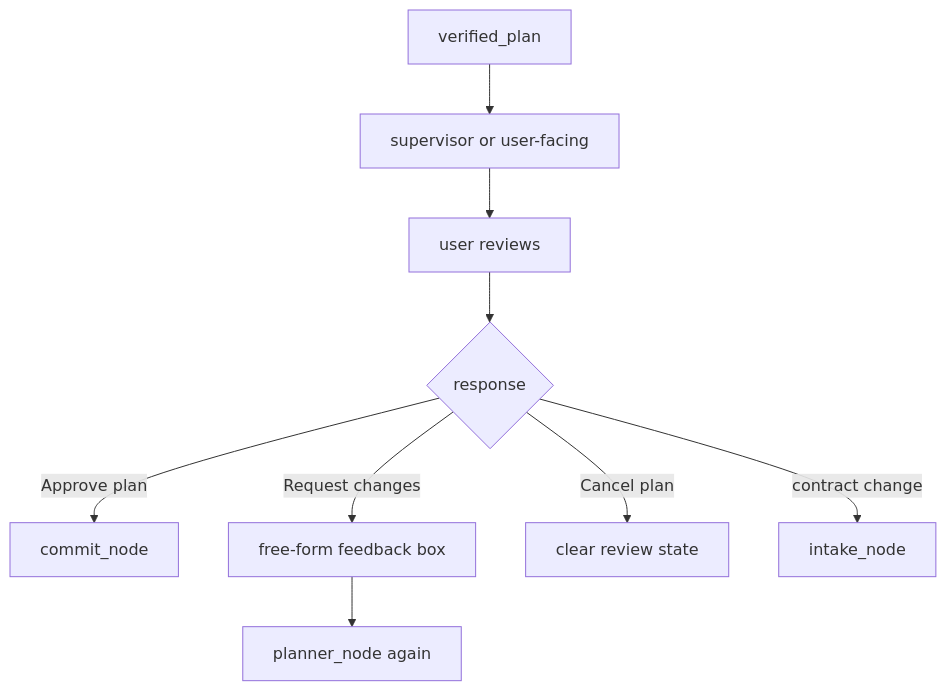
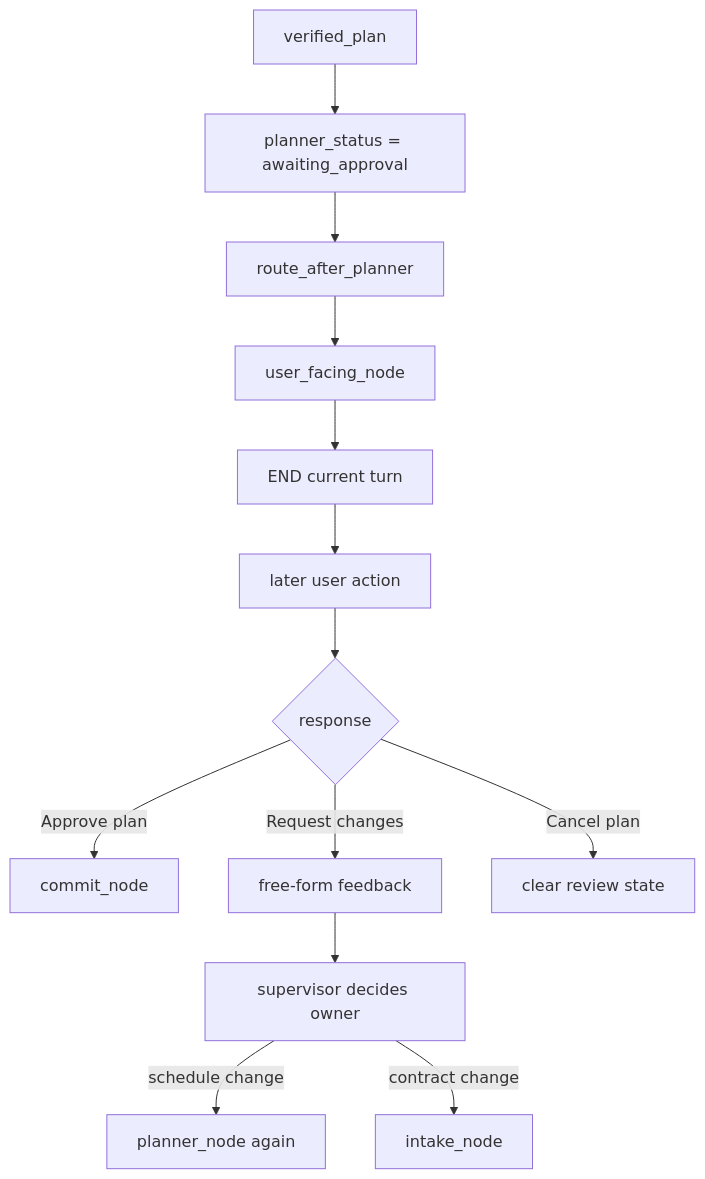
Before and after one commit to SaathiAI/PrivateSkedio: diagram 11 of 12 in Weekly-Study-Planner/planner_diagram.md, drawn with Mermaid. The commit also changed other lines of this file and 1 other file, not shown here.

````diff
--- a/Weekly-Study-Planner/planner_diagram.md
+++ b/Weekly-Study-Planner/planner_diagram.md
@@ -242,11 +243,15 @@
 ```mermaid
 flowchart TD
-    Verified["verified_plan"] --> Supervisor["supervisor or user-facing"]
-    Supervisor --> User["user reviews"]
-    User --> Choice{"response"}
+    Verified["verified_plan"] --> Awaiting["planner_status = awaiting_approval"]
+    Awaiting --> RouteAfterPlanner["route_after_planner"]
+    RouteAfterPlanner --> UserFacing["user_facing_node"]
+    UserFacing --> EndTurn["END current turn"]
+    EndTurn --> LaterUser["later user action"]
+    LaterUser --> Choice{"response"}
     Choice -->|Approve plan| Commit["commit_node"]
-    Choice -->|Request changes| TextBox["free-form feedback box"]
-    TextBox --> Planner["planner_node again"]
+    Choice -->|Request changes| TextBox["free-form feedback"]
+    TextBox --> Supervisor["supervisor decides owner"]
+    Supervisor -->|schedule change| Planner["planner_node again"]
+    Supervisor -->|contract change| Intake["intake_node"]
     Choice -->|Cancel plan| Cancel["clear review state"]
-    Choice -->|contract change| Intake["intake_node"]
 ```
````
